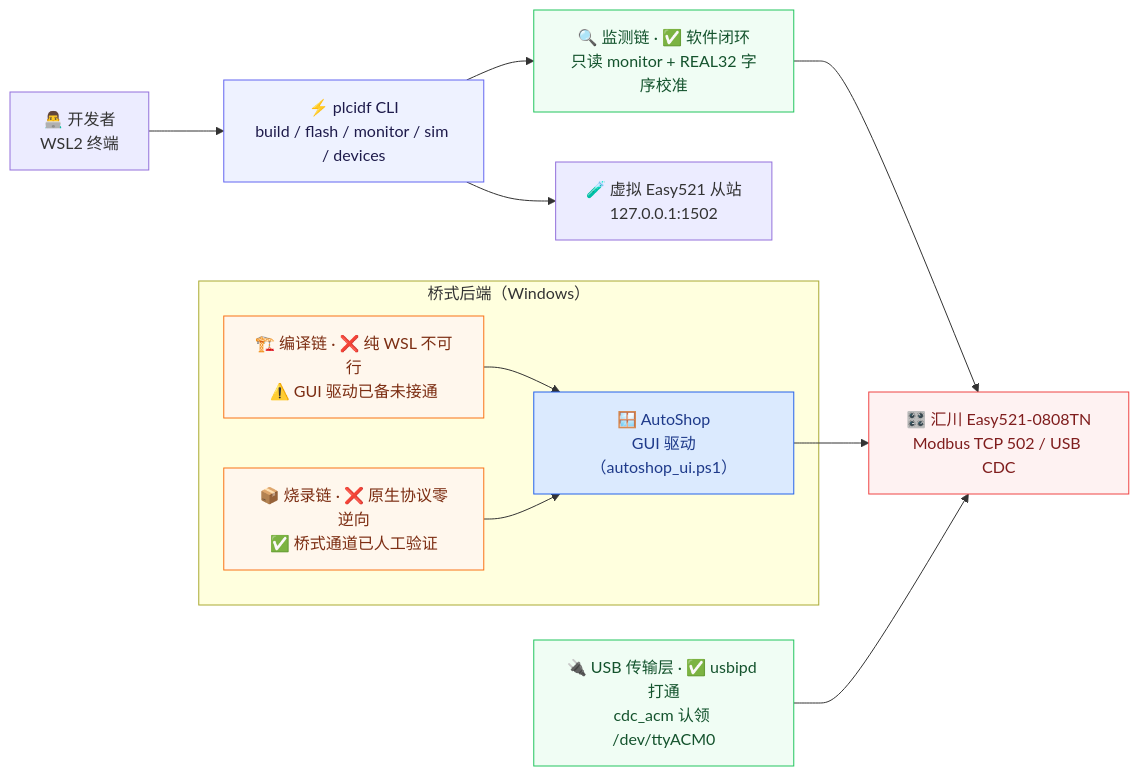
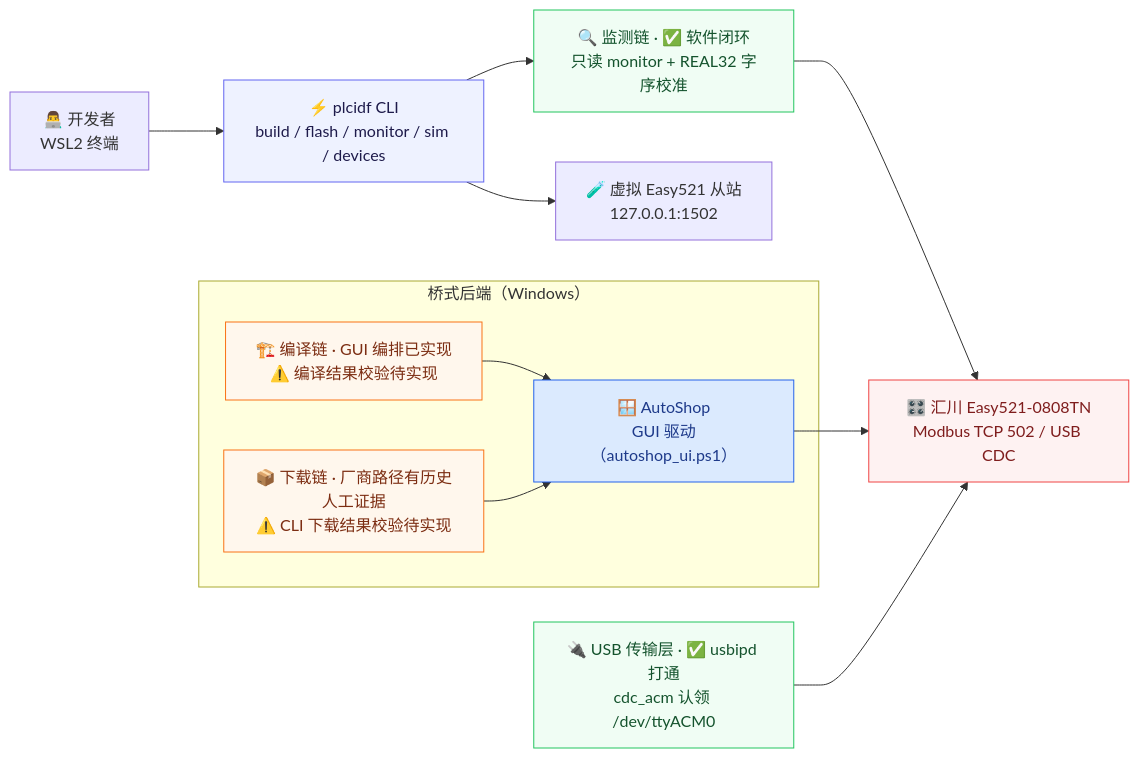
The diagram in README.md (BUG423/other-plc-idf), drawn with Mermaid before and after one commit. The commit also changed other lines of this file and 21 other files, not shown here.

````diff
--- a/README.md
+++ b/README.md
@@ -25,30 +28,30 @@
 ```mermaid
 flowchart LR
     DEV["👨‍💻 开发者<br/>WSL2 终端"] --> CLI["⚡ plcidf CLI<br/>build / flash / monitor / sim / devices"]
 
     CLI --> SIM["🧪 虚拟 Easy521 从站<br/>127.0.0.1:1502"]
     CLI --> MON["🔍 监测链 · ✅ 软件闭环<br/>只读 monitor + REAL32 字序校准"]
 
     subgraph BRIDGE["桥式后端（Windows）"]
-        BUILD["🏗️ 编译链 · ❌ 纯 WSL 不可行<br/>⚠️ GUI 驱动已备未接通"]
-        FLASH["📦 烧录链 · ❌ 原生协议零逆向<br/>✅ 桥式通道已人工验证"]
+        BUILD["🏗️ 编译链 · GUI 编排已实现<br/>⚠️ 编译结果校验待实现"]
+        FLASH["📦 下载链 · 厂商路径有历史人工证据<br/>⚠️ CLI 下载结果校验待实现"]
         AUTO["🪟 AutoShop<br/>GUI 驱动（autoshop_ui.ps1）"]
         BUILD --> AUTO
         FLASH --> AUTO
     end
 
     USB["🔌 USB 传输层 · ✅ usbipd 打通<br/>cdc_acm 认领 /dev/ttyACM0"]
     HW["🎛️ 汇川 Easy521-0808TN<br/>Modbus TCP 502 / USB CDC"]
 
     MON --> HW
     AUTO --> HW
     USB --> HW
 
     style CLI fill:#eef2ff,stroke:#6366f1,color:#1e1b4b
     style MON fill:#f0fdf4,stroke:#22c55e,color:#14532d
     style USB fill:#f0fdf4,stroke:#22c55e,color:#14532d
     style BUILD fill:#fff7ed,stroke:#f97316,color:#7c2d12
     style FLASH fill:#fff7ed,stroke:#f97316,color:#7c2d12
     style AUTO fill:#dbeafe,stroke:#2563eb,color:#1e3a8a
     style HW fill:#fef2f2,stroke:#ef4444,color:#7f1d1d
 ```
````
